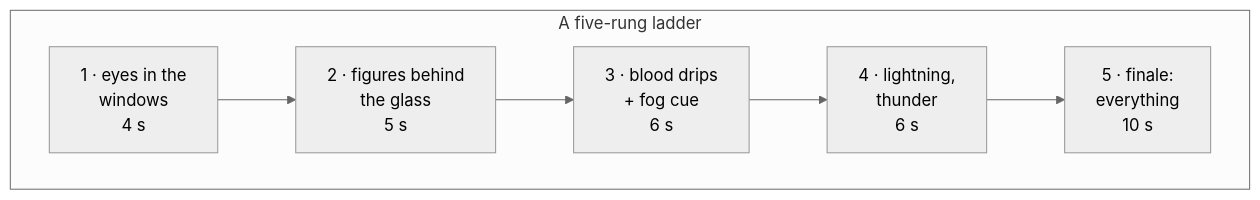
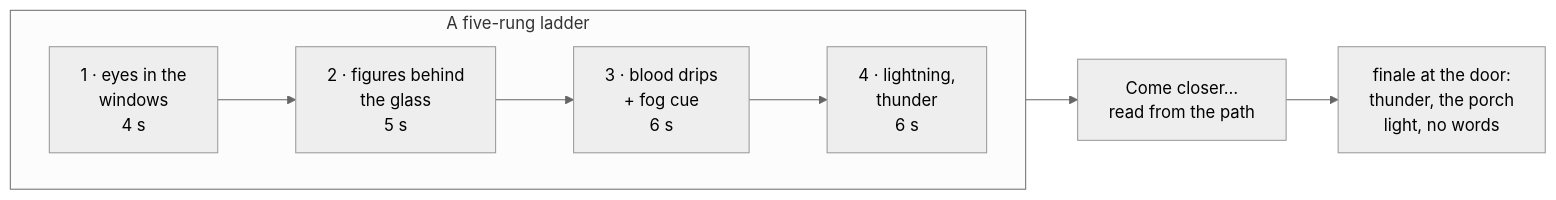
The fourth of 4 diagrams in docs/button-game.md (paperclipmonkey/facade-mapper), drawn with Mermaid (neutral theme) before and after one commit. The commit also changed other lines of this file and 17 other files, not shown here.

First line of the commit message:
Dare game: state machine, tests, live diagram, Game panel and remote tab

````diff
--- a/docs/button-game.md
+++ b/docs/button-game.md
@@ -279,7 +339,8 @@
 ```mermaid
 flowchart LR
   subgraph ladder[A five-rung ladder]
     direction LR
-    r1[1 · eyes in the<br/>windows<br/>4 s] --> r2[2 · figures behind<br/>the glass<br/>5 s] --> r3[3 · blood drips<br/>+ fog cue<br/>6 s] --> r4[4 · lightning,<br/>thunder<br/>6 s] --> r5[5 · finale:<br/>everything<br/>10 s]
+    r1[1 · eyes in the<br/>windows<br/>4 s] --> r2[2 · figures behind<br/>the glass<br/>5 s] --> r3[3 · blood drips<br/>+ fog cue<br/>6 s] --> r4[4 · lightning,<br/>thunder<br/>6 s]
   end
+  r4 --> come[Come closer…<br/>read from the path] --> fin[finale at the door:<br/>thunder, the porch<br/>light, no words]
 ```
````
